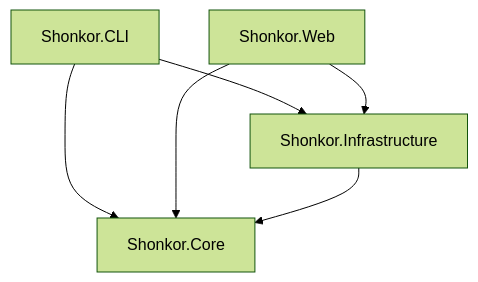
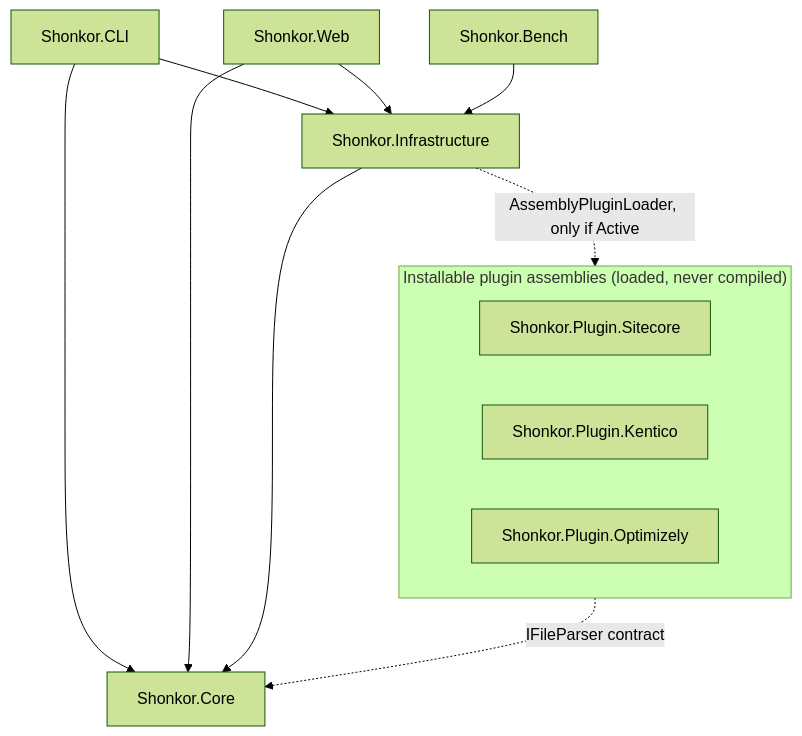
One commit to MrNedimBoztepe/Shonkor changed the first of 2 diagrams in docs/developer/arc42/05_building_block_view.md. Above: the diagram before and after it, drawn with Mermaid (forest theme). The commit also changed other lines of this file and 3 other files, not shown here.

````diff
--- a/docs/developer/arc42/05_building_block_view.md
+++ b/docs/developer/arc42/05_building_block_view.md
@@ -11,8 +11,17 @@
 ```mermaid
 graph TD
     CLI[Shonkor.CLI] --> Core[Shonkor.Core]
     Web[Shonkor.Web] --> Core
     CLI --> Infra[Shonkor.Infrastructure]
     Web --> Infra
+    Bench[Shonkor.Bench] --> Infra
     Infra --> Core
+
+    subgraph plugins["Installable plugin assemblies (loaded, never compiled)"]
+      P1[Shonkor.Plugin.Sitecore]
+      P2[Shonkor.Plugin.Kentico]
+      P3[Shonkor.Plugin.Optimizely]
+    end
+    plugins -.->|IFileParser contract| Core
+    Infra -.->|AssemblyPluginLoader, only if Active| plugins
 ```
````
